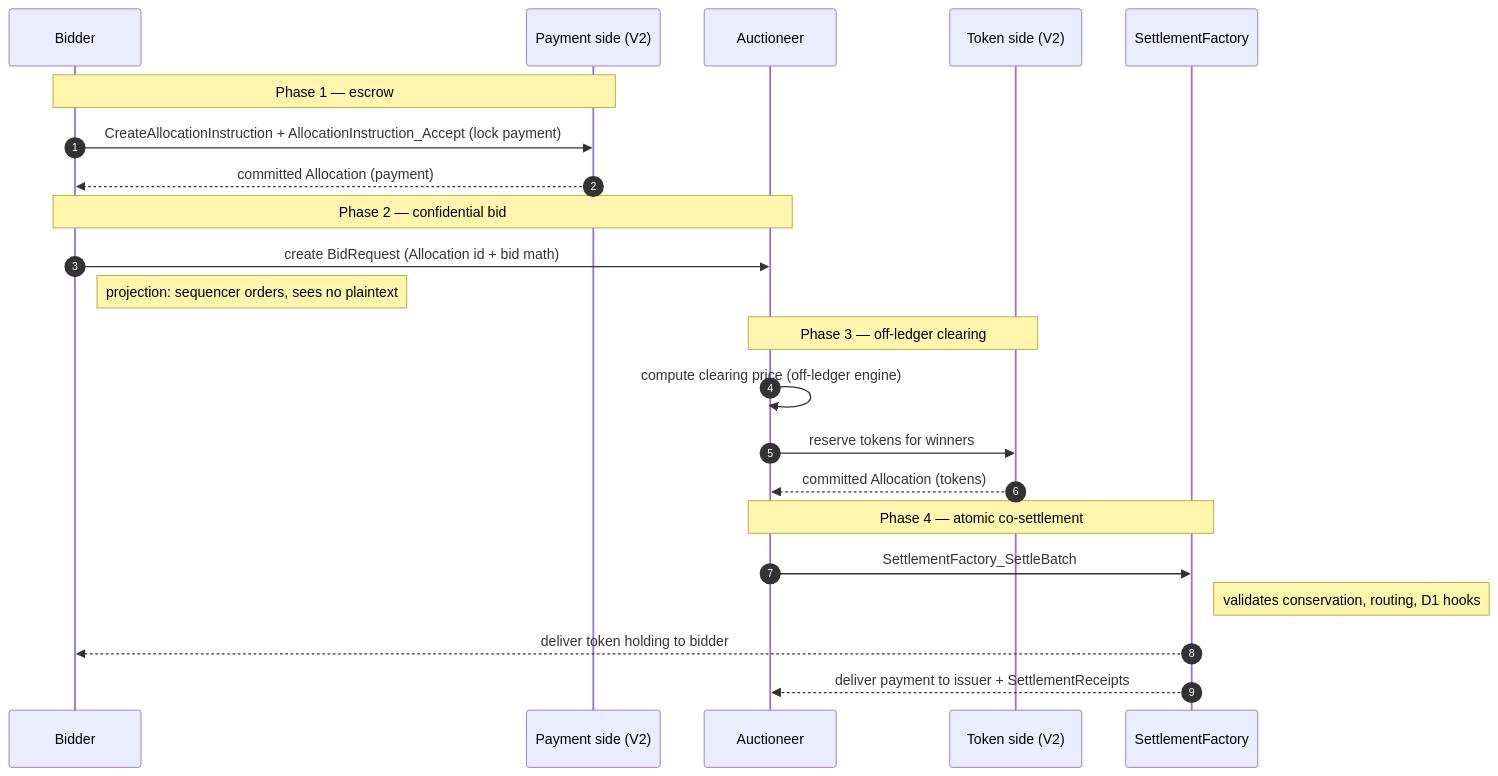
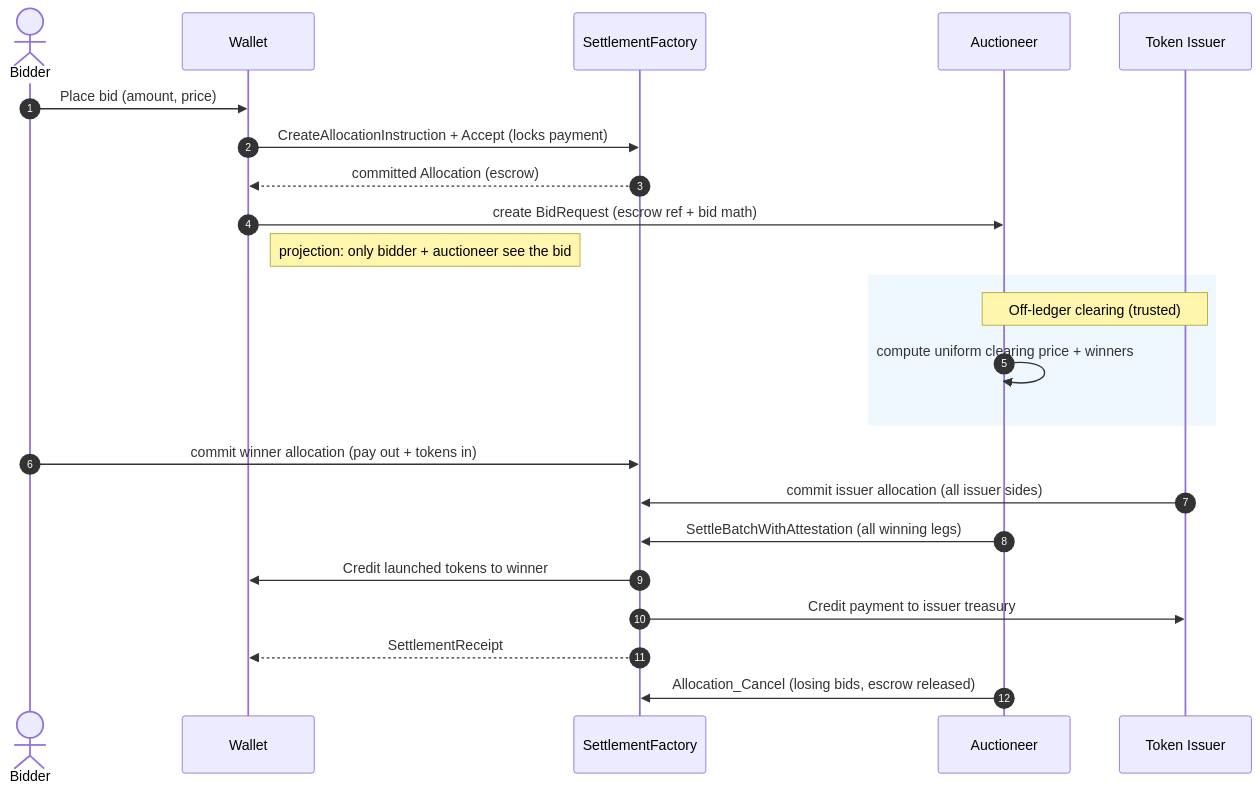
One commit to OpenZeppelin/canton-specs changed the diagram in docs/ri-reports/04-confidential-auction.md. Above: the diagram before and after it, drawn with Mermaid. The commit also changed other lines of this file, not shown here.

````diff
--- a/docs/ri-reports/04-confidential-auction.md
+++ b/docs/ri-reports/04-confidential-auction.md
@@ -597,25 +144,28 @@
 ```mermaid
 sequenceDiagram
     autonumber
-    participant B as Bidder
-    participant PR as Payment side (V2)
-    participant A as Auctioneer
-    participant TR as Token side (V2)
-    participant SF as SettlementFactory
+    actor Bidder
+    participant Wallet
+    participant SettleFactory as SettlementFactory
+    participant Auctioneer
+    participant Issuer as Token Issuer
 
-    Note over B,PR: Phase 1 — escrow
-    B->>PR: CreateAllocationInstruction + AllocationInstruction_Accept (lock payment)
-    PR-->>B: committed Allocation (payment)
-    Note over B,A: Phase 2 — confidential bid
-    B->>A: create BidRequest (Allocation id + bid math)
-    Note right of B: projection: sequencer orders, sees no plaintext
-    Note over A,TR: Phase 3 — off-ledger clearing
-    A->>A: compute clearing price (off-ledger engine)
-    A->>TR: reserve tokens for winners
-    TR-->>A: committed Allocation (tokens)
-    Note over A,SF: Phase 4 — atomic co-settlement
-    A->>SF: SettlementFactory_SettleBatch
-    Note right of SF: validates conservation, routing, D1 hooks
-    SF-->>B: deliver token holding to bidder
-    SF-->>A: deliver payment to issuer + SettlementReceipts
+    Bidder->>Wallet: Place bid (amount, price)
+    Wallet->>SettleFactory: CreateAllocationInstruction + Accept (locks payment)
+    SettleFactory-->>Wallet: committed Allocation (escrow)
+    Wallet->>Auctioneer: create BidRequest (escrow ref + bid math)
+    Note right of Wallet: projection: only bidder + auctioneer see the bid
+
+    rect rgb(240, 248, 255)
+    Note over Auctioneer, Issuer: Off-ledger clearing (trusted)
+    Auctioneer->>Auctioneer: compute uniform clearing price + winners
+    end
+
+    Bidder->>SettleFactory: commit winner allocation (pay out + tokens in)
+    Issuer->>SettleFactory: commit issuer allocation (all issuer sides)
+    Auctioneer->>SettleFactory: SettleBatchWithAttestation (all winning legs)
+    SettleFactory->>Wallet: Credit launched tokens to winner
+    SettleFactory->>Issuer: Credit payment to issuer treasury
+    SettleFactory-->>Wallet: SettlementReceipt
+    Auctioneer->>SettleFactory: Allocation_Cancel (losing bids, escrow released)
 ```
````
